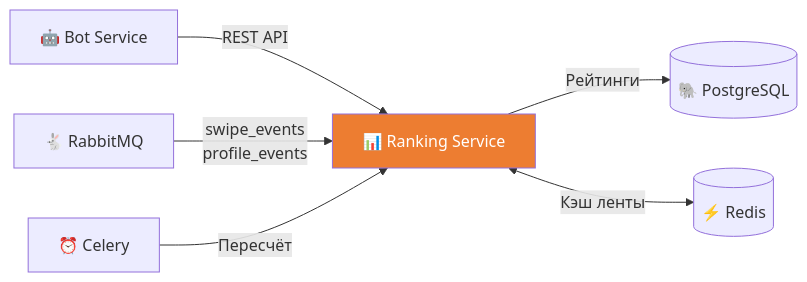
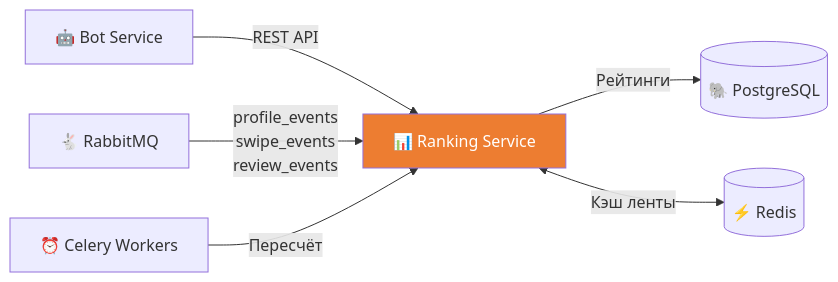
The fifth of 8 diagrams in docs/services.md (UsachovaUlyana/ulsu), drawn with Mermaid before and after one commit. The commit also changed other lines of this file and 184 other files, not shown here.

````diff
--- a/docs/services.md
+++ b/docs/services.md
@@ -192,17 +215,17 @@
 ```mermaid
 graph LR
     BOT["🤖 Bot Service"]
     RANK["📊 Ranking Service"]
     PG[("🐘 PostgreSQL")]
     REDIS[("⚡ Redis")]
     RMQ["🐇 RabbitMQ"]
-    CELERY["⏰ Celery"]
+    CELERY["⏰ Celery Workers"]
 
     BOT -->|"REST API"| RANK
     RANK -->|"Рейтинги"| PG
     RANK <-->|"Кэш ленты"| REDIS
-    RMQ -->|"swipe_events<br/>profile_events"| RANK
+    RMQ -->|"profile_events<br/>swipe_events<br/>review_events"| RANK
     CELERY -->|"Пересчёт"| RANK
 
     style RANK fill:#ed7d31,color:#fff
 ```
````
